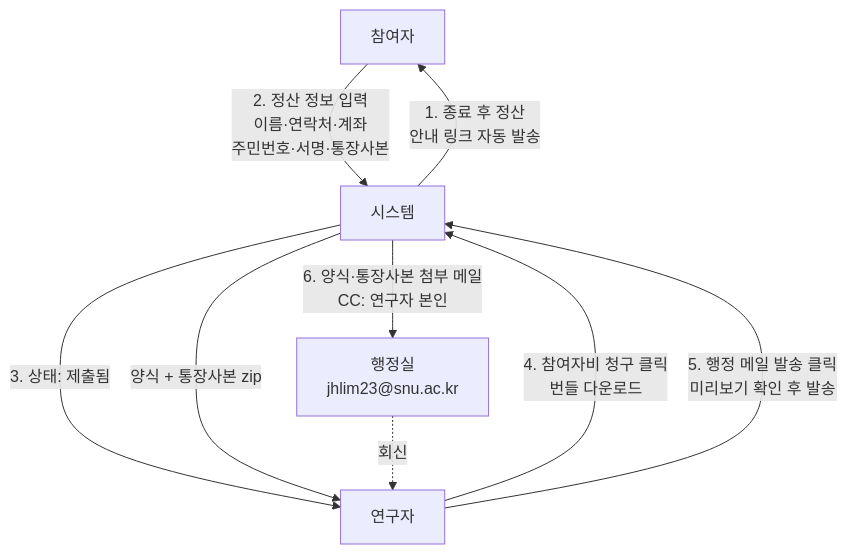
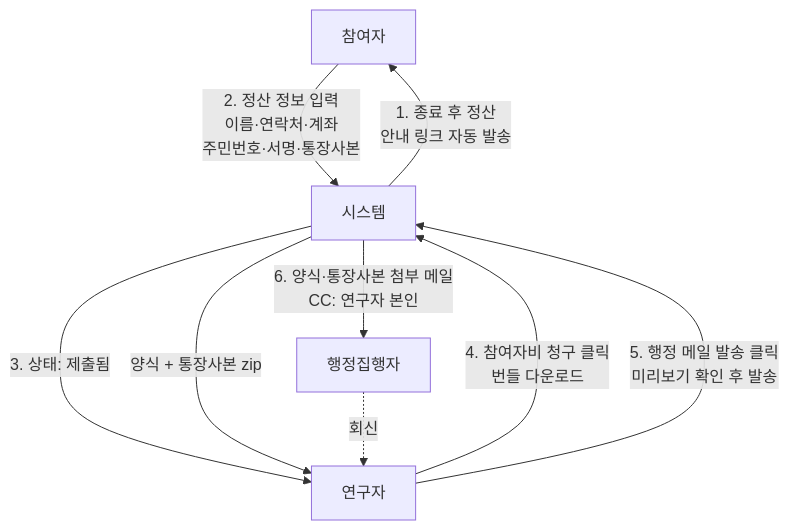
The third of 3 diagrams in README.md (CSNL-vnilab/Exp_Platform_by_Joonoh), drawn with Mermaid before and after one commit. The commit also changed other lines of this file and 7 other files, not shown here.

````diff
--- a/README.md
+++ b/README.md
@@ -311,16 +312,16 @@
 ```mermaid
 flowchart TB
   P["참여자"]
   S["시스템"]
   R["연구자"]
-  A["행정실<br/>jhlim23@snu.ac.kr"]
+  A["행정집행자"]
 
   S -->|"1. 종료 후 정산<br/>안내 링크 자동 발송"| P
   P -->|"2. 정산 정보 입력<br/>이름·연락처·계좌<br/>주민번호·서명·통장사본"| S
   S -->|"3. 상태: 제출됨"| R
   R -->|"4. 참여자비 청구 클릭<br/>번들 다운로드"| S
   S -->|"양식 + 통장사본 zip"| R
   R -->|"5. 행정 메일 발송 클릭<br/>미리보기 확인 후 발송"| S
   S -->|"6. 양식·통장사본 첨부 메일<br/>CC: 연구자 본인"| A
   A -.회신.-> R
 ```
````
